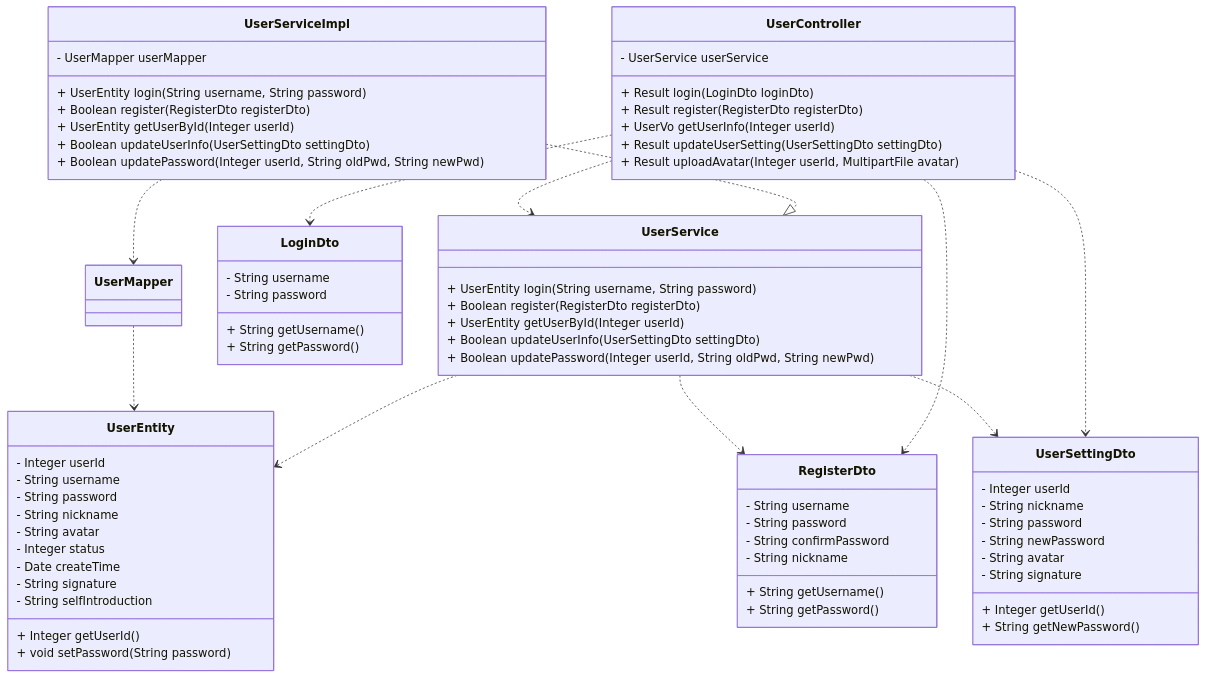
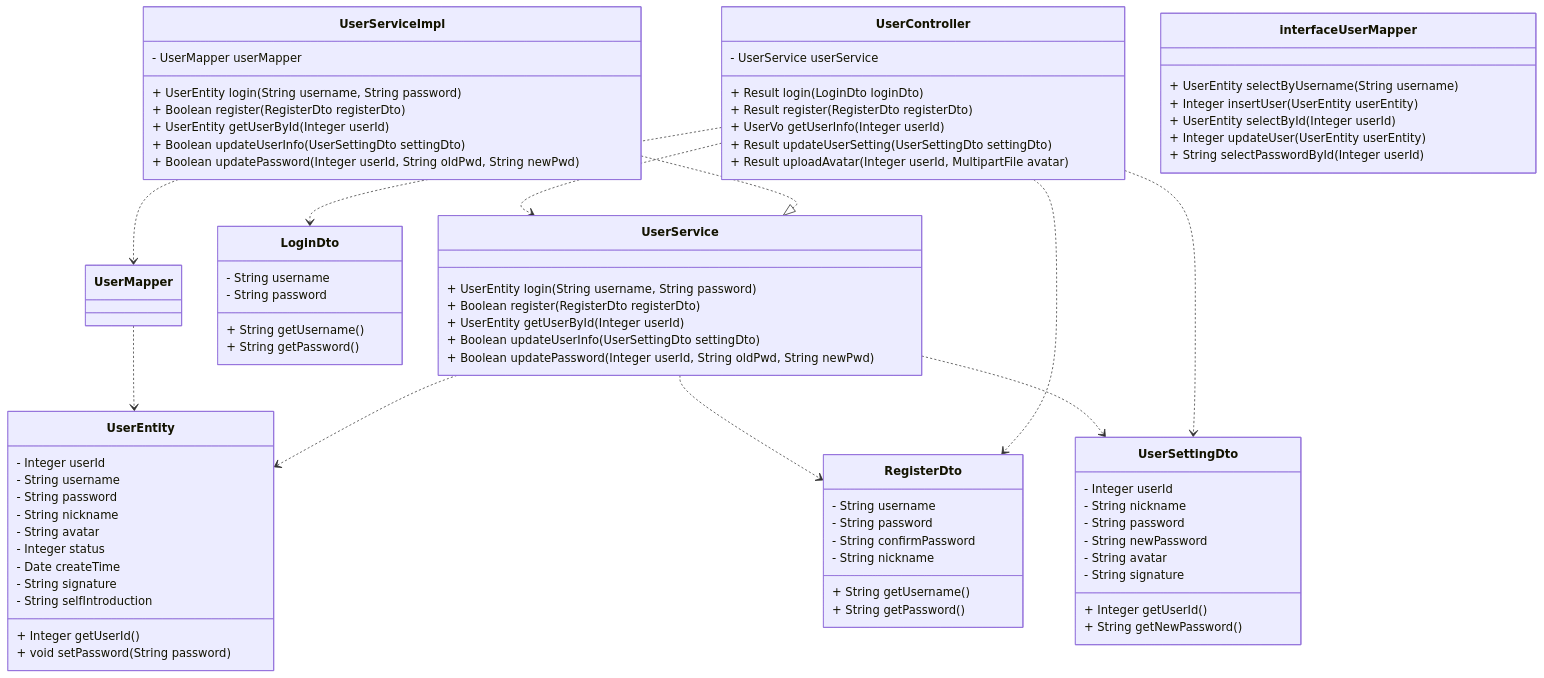
The diagram in all/未命名-1.md (DEbalanceUX/iodraw-files), drawn with Mermaid before and after one commit.

Commit message:
2025-12-10 23:08:59 update

````diff
--- a/all/未命名-1.md
+++ b/all/未命名-1.md
@@ -74,6 +74,12 @@
         + Boolean updateUserInfo(UserSettingDto settingDto)
         + Boolean updatePassword(Integer userId, String oldPwd, String newPwd)
     }
-    
+    class interface UserMapper {
+        + UserEntity selectByUsername(String username)
+        + Integer insertUser(UserEntity userEntity)
+        + UserEntity selectById(Integer userId)
+        + Integer updateUser(UserEntity userEntity)
+        + String selectPasswordById(Integer userId)
+    }
 
 ```
````
